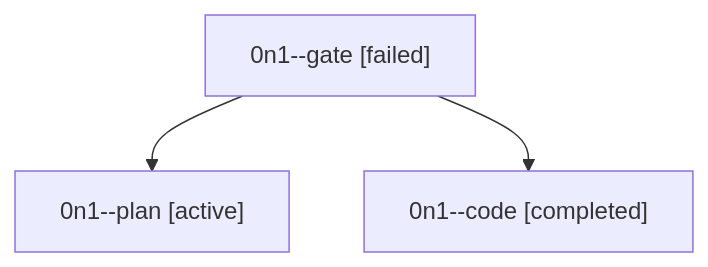
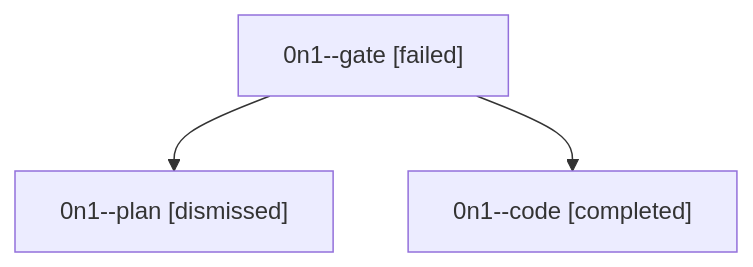
Before and after one commit to sase-org/sase--agents: the diagram in sessions/bbugyi200.athena.0n1.md, drawn with Mermaid. The commit also changed other lines of this file and 33 other files, not shown here.

````diff
--- a/sessions/bbugyi200.athena.0n1.md
+++ b/sessions/bbugyi200.athena.0n1.md
@@ -9,8 +9,8 @@
 ```mermaid
 flowchart TD
   n0["0n1--gate [failed]"]
-  n1["0n1--plan [active]"]
+  n1["0n1--plan [dismissed]"]
   n0 --> n1
   n2["0n1--code [completed]"]
   n0 --> n2
 ```
````
